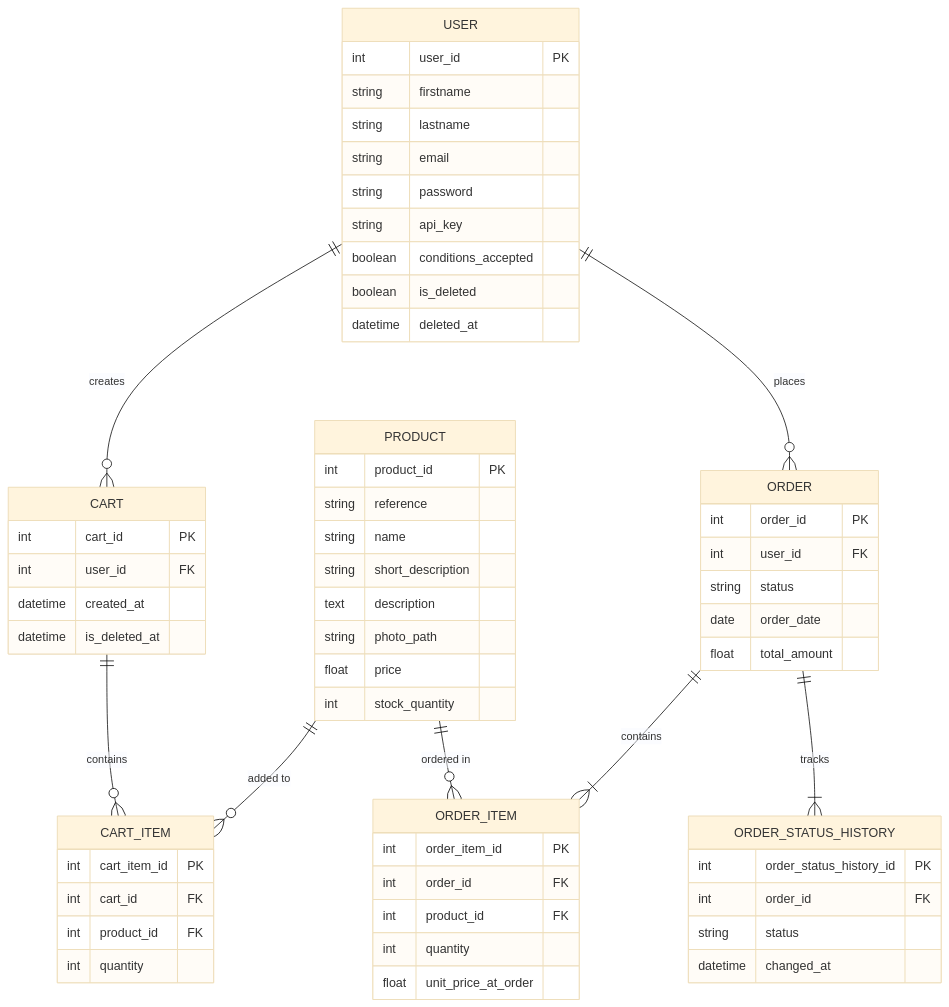
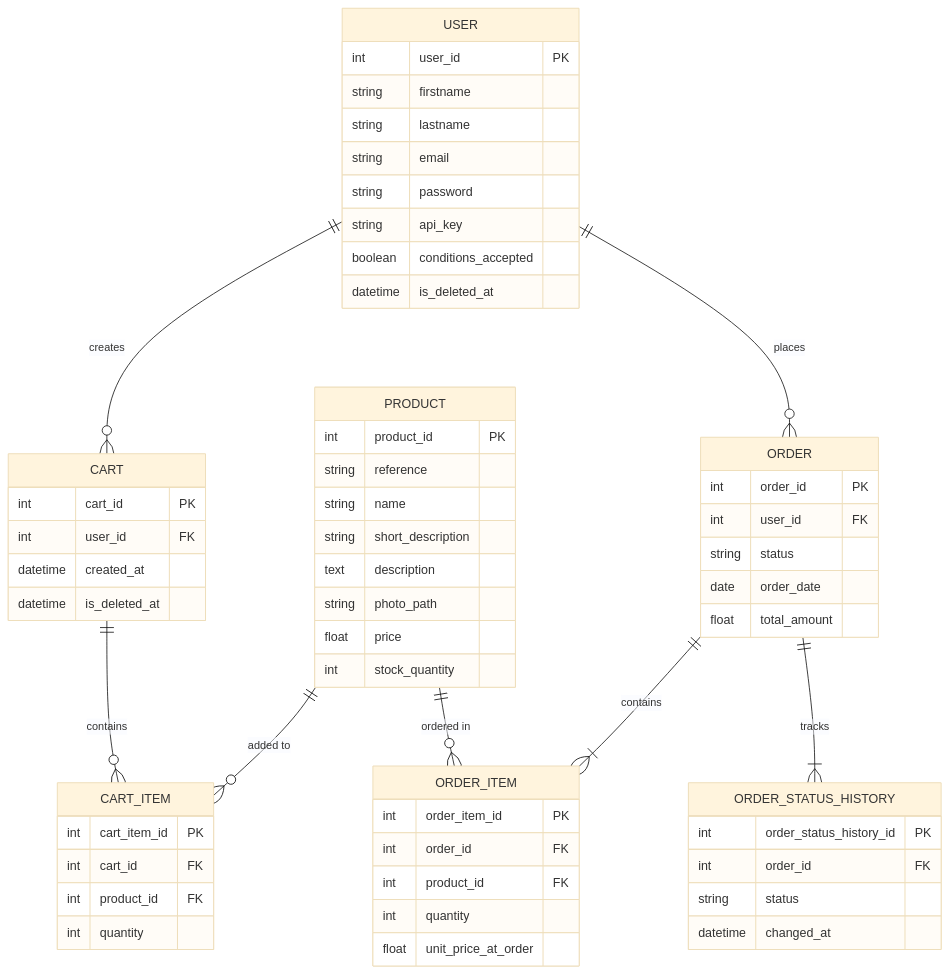
Before and after one commit to Squarenoize/ForgeChene: the diagram in diagrammeBaseDeDonnees.mmd, drawn with Mermaid (base theme). The commit also changed 13 other files, not shown here.

```diff
--- a/diagrammeBaseDeDonnees.mmd
+++ b/diagrammeBaseDeDonnees.mmd
@@ -1,68 +1,67 @@
 erDiagram
     USER ||--o{ CART : creates
     USER ||--o{ ORDER : places
     CART ||--o{ CART_ITEM : contains
     PRODUCT ||--o{ CART_ITEM : "added to"
     PRODUCT ||--o{ ORDER_ITEM : "ordered in"
     ORDER ||--|{ ORDER_ITEM : contains
     ORDER ||--|{ ORDER_STATUS_HISTORY : "tracks"
 
     USER {
         int user_id PK
         string firstname
         string lastname
         string email
         string password
         string api_key
         boolean conditions_accepted
-        boolean is_deleted
-        datetime deleted_at
+        datetime is_deleted_at
     }
 
     PRODUCT {
         int product_id PK
         string reference
         string name
         string short_description
         text description
         string photo_path
         float price
         int stock_quantity
     }
 
     CART {
         int cart_id PK
         int user_id FK
         datetime created_at
         datetime is_deleted_at
     }
 
     CART_ITEM {
         int cart_item_id PK
         int cart_id FK
         int product_id FK
         int quantity
     }
 
     ORDER {
         int order_id PK
         int user_id FK
         string status
         date order_date
         float total_amount
     }
 
     ORDER_ITEM {
         int order_item_id PK
         int order_id FK
         int product_id FK
         int quantity
         float unit_price_at_order
     }
 
     ORDER_STATUS_HISTORY {
         int order_status_history_id PK
         int order_id FK
         string status
         datetime changed_at
     }
```
